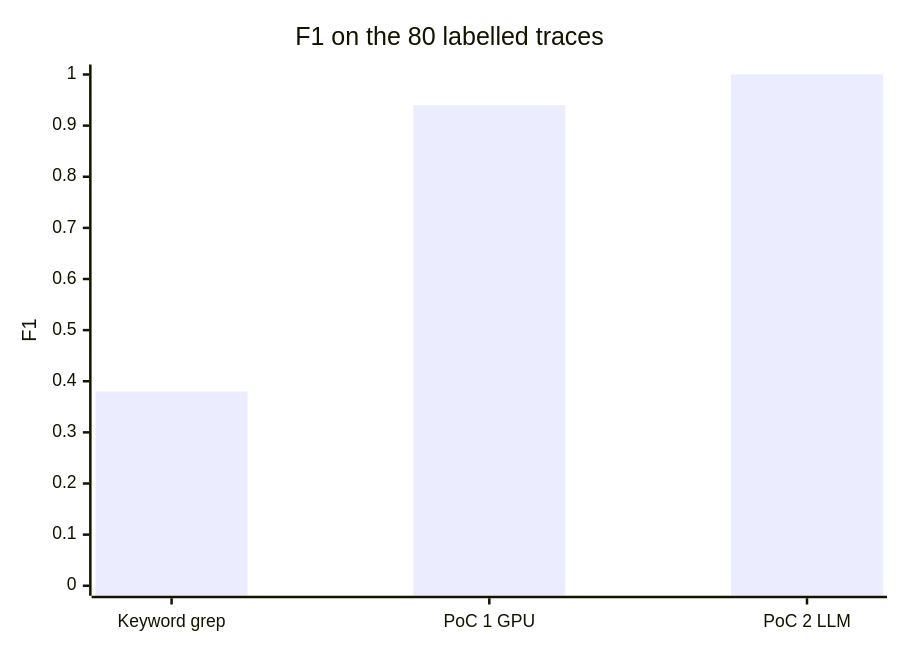
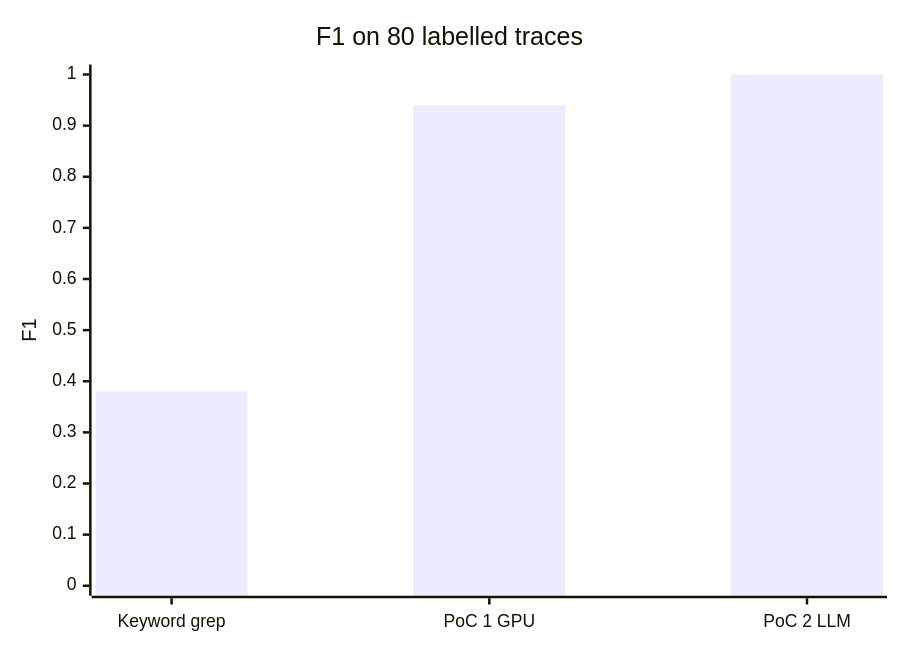
One commit to AliRezaFarahnak-Customer-Demos/log-anomaly-gpu-vs-llm-poc changed the fourth of 5 diagrams in README.md. Above: the diagram before and after it, drawn with Mermaid. The commit also changed other lines of this file, not shown here.

````diff
--- a/README.md
+++ b/README.md
@@ -49,7 +37,7 @@
 ```mermaid
 xychart-beta
-    title "F1 on the 80 labelled traces"
+    title "F1 on 80 labelled traces"
     x-axis ["Keyword grep", "PoC 1 GPU", "PoC 2 LLM"]
     y-axis "F1" 0 --> 1
     bar [0.38, 0.94, 1.0]
 ```
````
